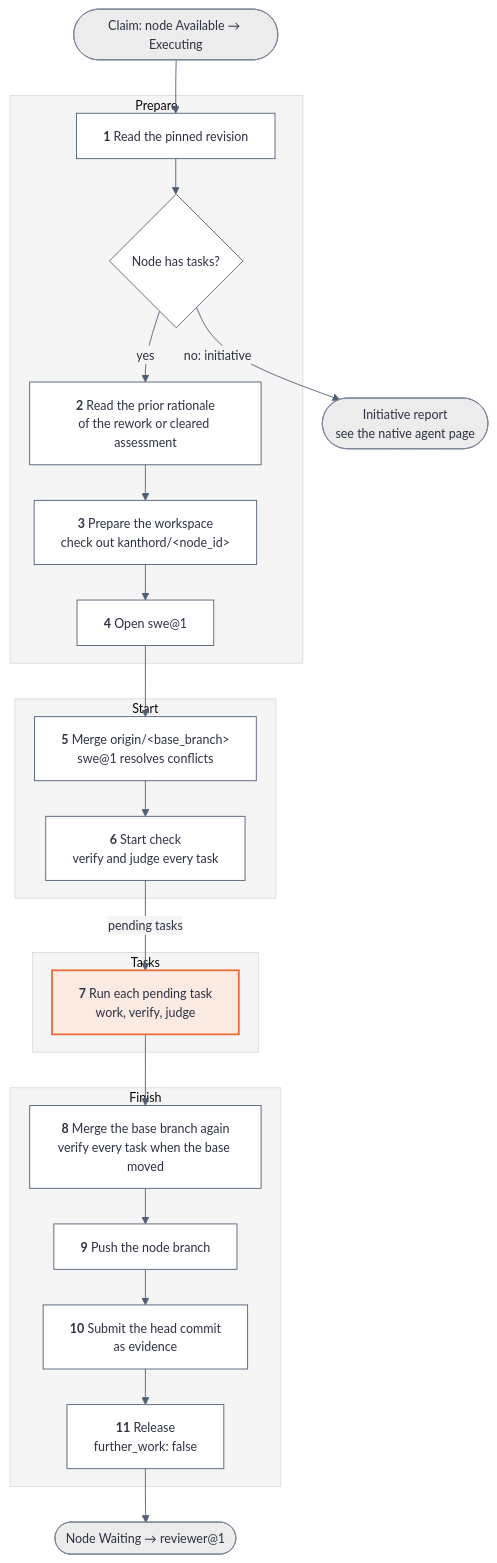
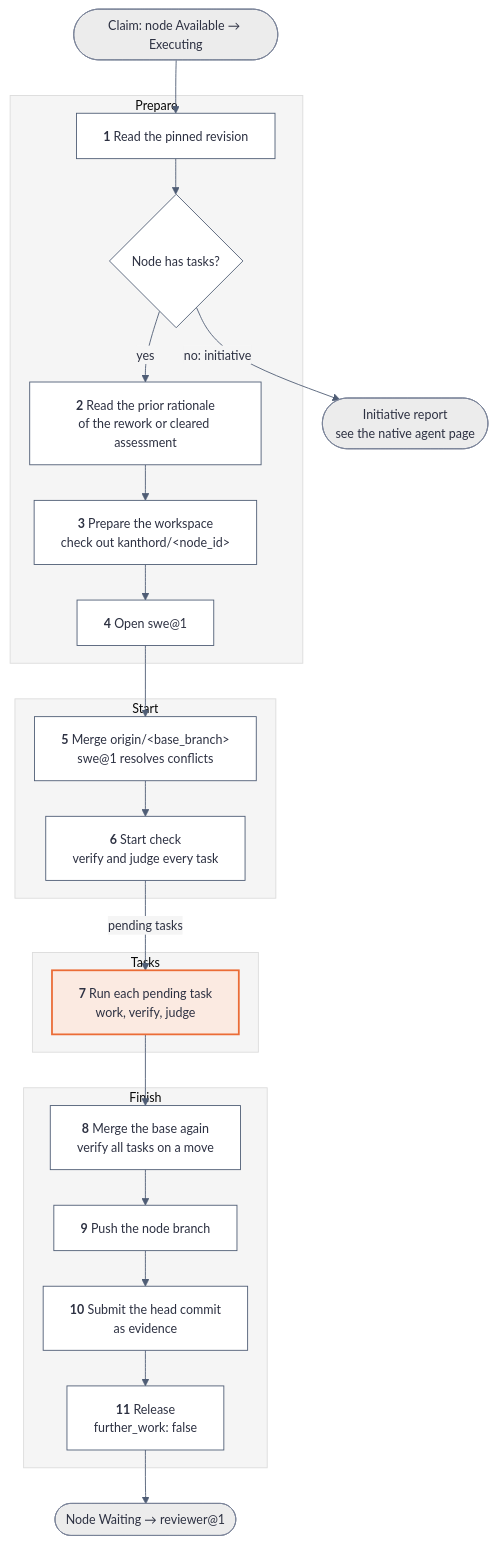
One commit to kanthorlabs/kanthord changed the first of 4 diagrams in docs/explanation/coder-worker.md. Above: the diagram before and after it, drawn with Mermaid. The commit also changed other lines of this file and 7 other files, not shown here.

````diff
--- a/docs/explanation/coder-worker.md
+++ b/docs/explanation/coder-worker.md
@@ -22,35 +22,35 @@
 ```mermaid
 %%{init: {"theme": "base", "themeVariables": {"background": "#f5f5f5", "primaryColor": "#ffffff", "primaryTextColor": "#2d3142", "primaryBorderColor": "#4f5d75", "secondaryColor": "#ececec", "tertiaryColor": "#f5f5f5", "lineColor": "#4f5d75", "edgeLabelBackground": "#f5f5f5", "fontFamily": "system-ui, sans-serif", "fontSize": "14px"}, "flowchart": {"htmlLabels": true, "useMaxWidth": false, "nodeSpacing": 24, "rankSpacing": 40}}}%%
 flowchart TB
     accTitle: The coder@1 execution in 11 steps
     accDescr: Four phases. Prepare reads the revision and the prior rationale, prepares the workspace and opens swe@1. Start merges the base branch and checks every task. Tasks runs each pending task. Finish merges the base branch again, pushes, submits the head commit and releases the node to Waiting.
     claim(["Claim: node Available → Executing"]) --> s1
     subgraph prepare ["Prepare"]
         s1["<b>1</b> Read the pinned revision"] --> kind{"Node has tasks?"}
         kind -- yes --> s2["<b>2</b> Read the prior rationale<br/>of the rework or cleared assessment"]
         s2 --> s3["<b>3</b> Prepare the workspace<br/>check out kanthord/&lt;node_id&gt;"]
         s3 --> s4["<b>4</b> Open swe@1"]
     end
     kind -- "no: initiative" --> report(["Initiative report<br/>see the native agent page"])
     subgraph start ["Start"]
         s5["<b>5</b> Merge origin/&lt;base_branch&gt;<br/>swe@1 resolves conflicts"]
         s5 --> s6["<b>6</b> Start check<br/>verify and judge every task"]
     end
     s4 --> s5
     subgraph tasks ["Tasks"]
         s7["<b>7</b> Run each pending task<br/>work, verify, judge"]
     end
     s6 -- "pending tasks" --> s7
     subgraph finish ["Finish"]
-        s8["<b>8</b> Merge the base branch again<br/>verify every task when the base moved"]
+        s8["<b>8</b> Merge the base again<br/>verify all tasks on a move"]
         s8 --> s9["<b>9</b> Push the node branch"]
         s9 --> s10["<b>10</b> Submit the head commit<br/>as evidence"]
         s10 --> s11["<b>11</b> Release<br/>further_work: false"]
     end
     s7 --> s8
     s11 --> waiting(["Node Waiting → reviewer@1"])
     classDef focal fill:#fbeae1,stroke:#eb6c36,color:#2d3142,stroke-width:2px;
     classDef outcome fill:#ececec,stroke:#7a8399,color:#2d3142;
     class s7 focal;
     class claim,report,waiting outcome;
 ```
````
